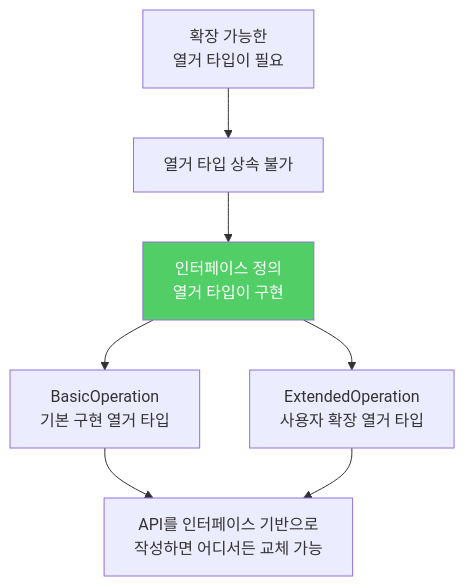
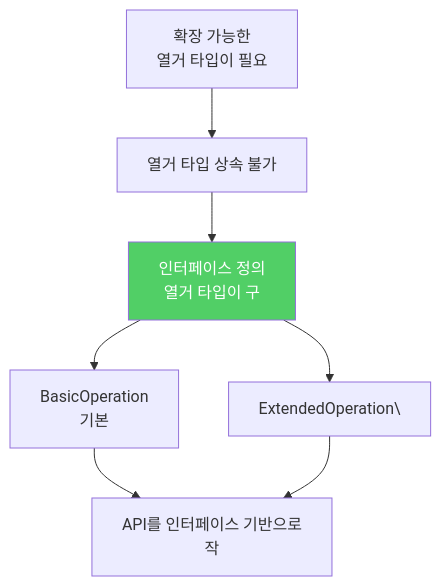
Before and after one commit to yjkim2015/yjkim2015.github.io: the third of 3 diagrams in _posts/java/2022-01-15-effective-java38.md, drawn with Mermaid. The commit also changed other lines of this file and 271 other files, not shown here.

First line of the commit message:
Mermaid 라벨 축소: 긴 노드 텍스트 18자 이하로 트림 + \n 제거

````diff
--- a/_posts/java/2022-01-15-effective-java38.md
+++ b/_posts/java/2022-01-15-effective-java38.md
@@ -157,10 +157,10 @@
 ```mermaid
 graph TD
     A["확장 가능한\n열거 타입이 필요"] --> B["열거 타입 상속 불가"]
-    B --> C["인터페이스 정의\n열거 타입이 구현"]
-    C --> D["BasicOperation\n기본 구현 열거 타입"]
-    C --> E["ExtendedOperation\n사용자 확장 열거 타입"]
-    D --> F["API를 인터페이스 기반으로\n작성하면 어디서든 교체 가능"]
+    B --> C["인터페이스 정의\n열거 타입이 구"]
+    C --> D["BasicOperation\n기본"]
+    C --> E["ExtendedOperation\"]
+    D --> F["API를 인터페이스 기반으로\n작"]
     E --> F
     style C fill:#51cf66,color:#fff
 ```
````
